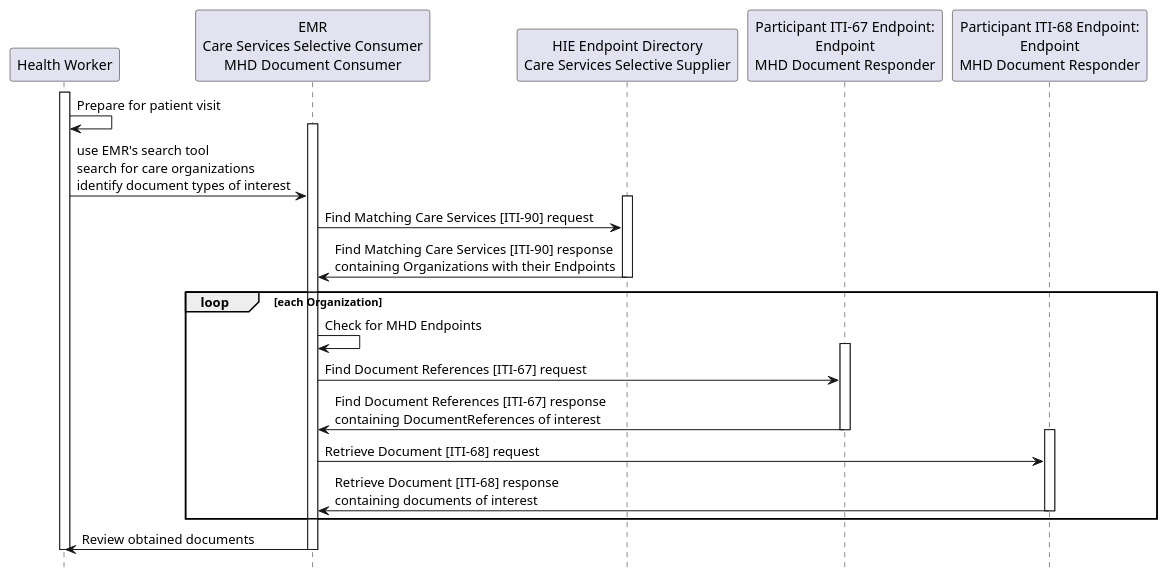
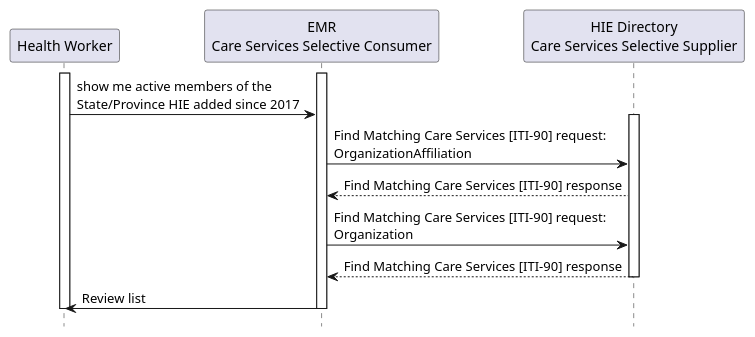
One commit to IHE/ITI.mCSD changed the diagram in input/images-source/usecase5-processflow.plantuml. Above: the diagram before and after it, drawn with PlantUML.

```diff
--- a/input/images-source/usecase5-processflow.plantuml
+++ b/input/images-source/usecase5-processflow.plantuml
@@ -1,31 +1,19 @@
 @startuml
 hide footbox
 participant "Health Worker" as HW
-participant "EMR\nCare Services Selective Consumer\nMHD Document Consumer" as EMR
-participant "HIE Endpoint Directory\nCare Services Selective Supplier" as Directory
-participant "Participant ITI-67 Endpoint:\nEndpoint\nMHD Document Responder" as Responder67
-participant "Participant ITI-68 Endpoint:\nEndpoint\nMHD Document Responder" as Responder68
+participant "EMR\nCare Services Selective Consumer" as EMR
+participant "HIE Directory\nCare Services Selective Supplier" as Directory
 
 activate HW
-HW -> HW: Prepare for patient visit
 activate EMR
-HW -> EMR: use EMR's search tool \nsearch for care organizations\nidentify document types of interest
+HW -> EMR: show me active members of the\nState/Province HIE added since 2017
 activate Directory
-EMR-> Directory: Find Matching Care Services [ITI-90] request
-Directory -> EMR: Find Matching Care Services [ITI-90] response\ncontaining Organizations with their Endpoints
+EMR-> Directory: Find Matching Care Services [ITI-90] request:\nOrganizationAffiliation
+Directory --> EMR: Find Matching Care Services [ITI-90] response
+EMR-> Directory: Find Matching Care Services [ITI-90] request:\nOrganization
+Directory --> EMR: Find Matching Care Services [ITI-90] response
 deactivate Directory
-loop each Organization
-EMR -> EMR: Check for MHD Endpoints
-activate Responder67
-EMR-> Responder67: Find Document References [ITI-67] request
-Responder67 -> EMR: Find Document References [ITI-67] response\ncontaining DocumentReferences of interest
-deactivate Responder67
-activate Responder68
-EMR-> Responder68: Retrieve Document [ITI-68] request
-Responder68 -> EMR: Retrieve Document [ITI-68] response\ncontaining documents of interest
-deactivate Responder68
-end
-EMR -> HW : Review obtained documents
+EMR -> HW : Review list
 deactivate HW
 deactivate EMR
 @enduml
```
